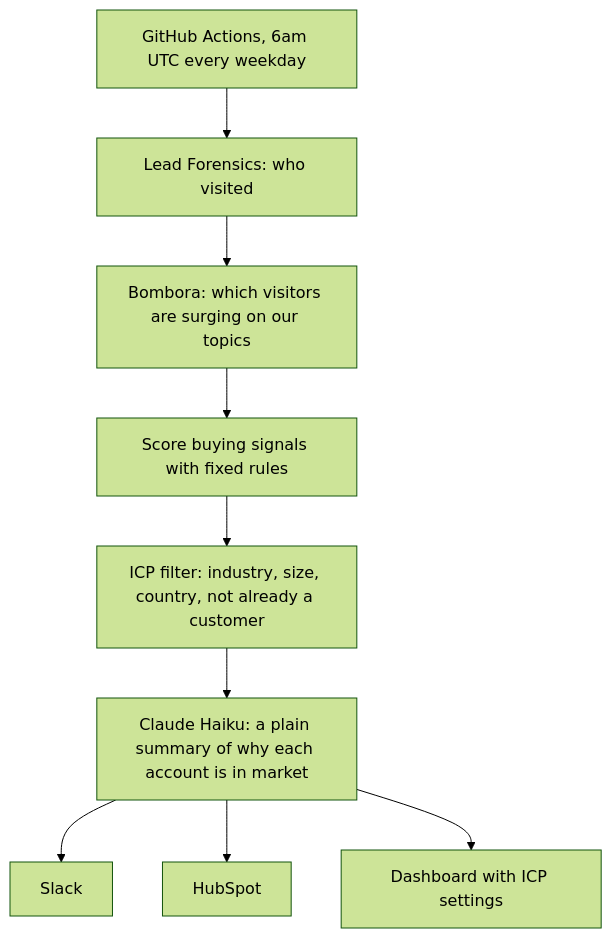
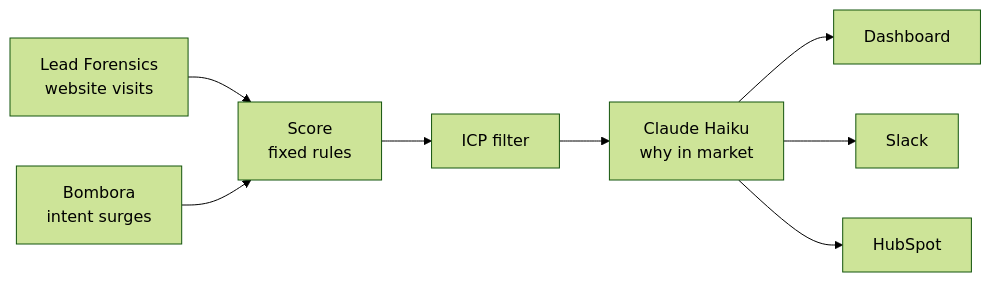
Before and after one commit to nazia-a11y/in-market-signals: the diagram in README.md, drawn with Mermaid (forest theme). The commit also changed other lines of this file and 1 other file, not shown here.

````diff
--- a/README.md
+++ b/README.md
@@ -15,11 +26,10 @@
 ```mermaid
-flowchart TD
-    A[GitHub Actions, 6am UTC every weekday] --> B[Lead Forensics: who visited]
-    B --> C[Bombora: which visitors are surging on our topics]
-    C --> D[Score buying signals with fixed rules]
-    D --> E[ICP filter: industry, size, country, not already a customer]
-    E --> F[Claude Haiku: a plain summary of why each account is in market]
-    F --> G[Slack]
-    F --> H[HubSpot]
-    F --> I[Dashboard with ICP settings]
+flowchart LR
+    A[Lead Forensics<br/>website visits] --> C[Score<br/>fixed rules]
+    B[Bombora<br/>intent surges] --> C
+    C --> D[ICP filter]
+    D --> E[Claude Haiku<br/>why in market]
+    E --> F[Dashboard]
+    E --> G[Slack]
+    E --> H[HubSpot]
 ```
````
